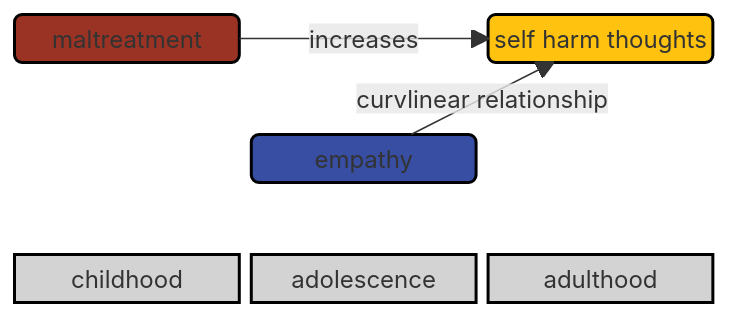
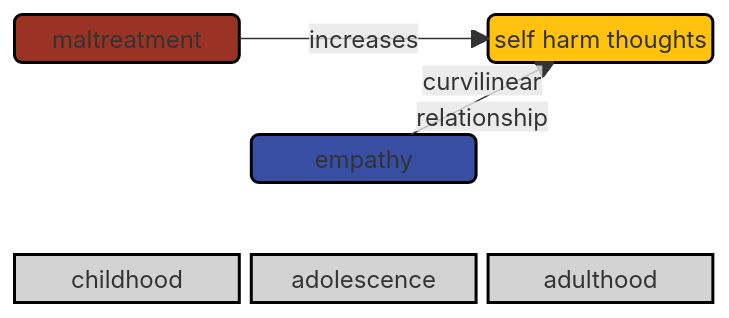
One commit to agrogan1/closeread changed the second of 3 diagrams in empathy/README.md. Above: the diagram before and after it, drawn with Mermaid.

````diff
--- a/empathy/README.md
+++ b/empathy/README.md
@@ -37,26 +37,26 @@
 ```mermaid
 block
   columns 3
   m space sh
   space space space
   space e space
   space space space
   childhood adolescence adulthood
 
   m("maltreatment") -- "increases" --> sh("self harm thoughts")
 
-  e("empathy") -- "curvlinear relationship" --> sh
+  e("empathy") -- "curvilinear <br>relationship" --> sh
 
   style m fill:#9A3324,stroke:#000000,stroke-width:2px,color:#FFFFFF;
 
   style e fill:#374EA2,stroke:#000000,stroke-width:2px,color:#FFFFFF;
 
   style sh fill:#FFC20E,stroke:#000000,stroke-width:2px,color:#000000;
 
   style childhood fill:#D3D3D3,stroke:#000000,stroke-width:2px,color:#000000;
 
   style adolescence fill:#D3D3D3,stroke:#000000,stroke-width:2px,color:#000000;
 
   style adulthood fill:#D3D3D3,stroke:#000000,stroke-width:2px,color:#000000;
 
 ```
````
